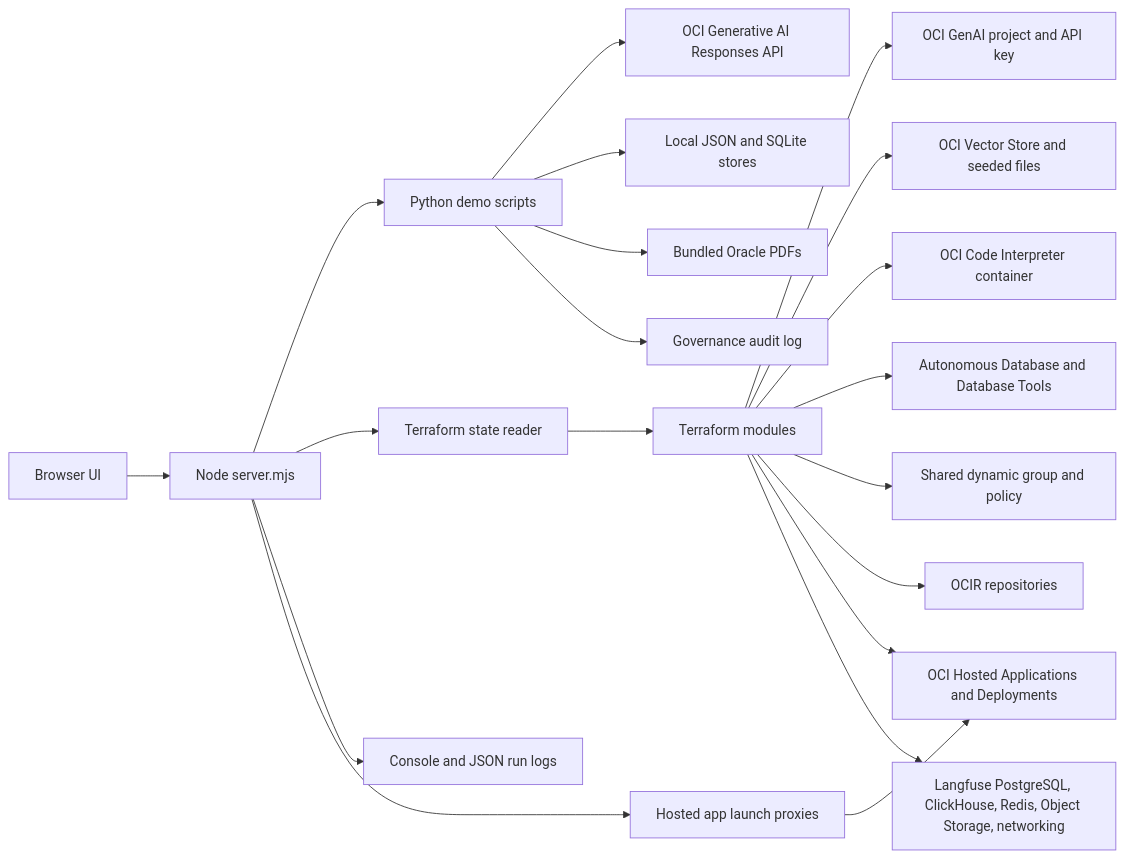
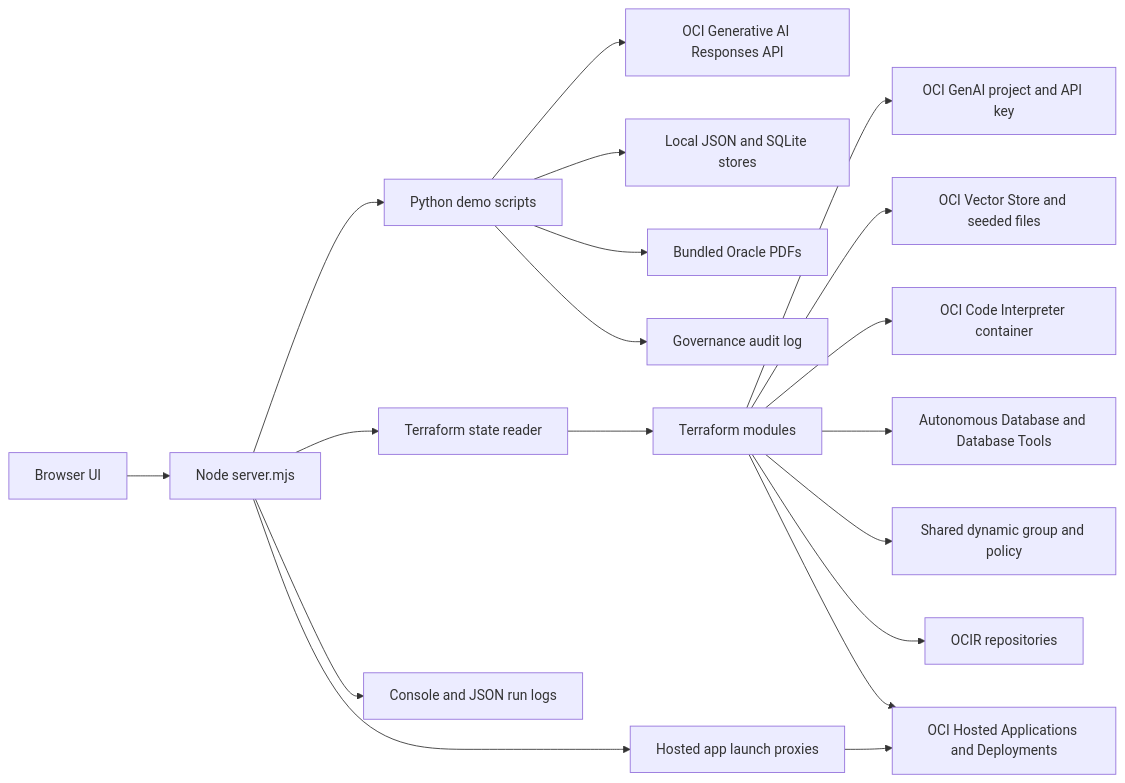
One commit to RahulMR42/oci_enterprise_ai_demo changed the first of 2 diagrams in docs/architecture.md. Above: the diagram before and after it, drawn with Mermaid. The commit also changed other lines of this file and 88 other files, not shown here.

````diff
--- a/docs/architecture.md
+++ b/docs/architecture.md
@@ -9,22 +9,21 @@
 ```mermaid
 flowchart LR
   Browser[Browser UI] --> Server[Node server.mjs]
   Server --> Python[Python demo scripts]
   Server --> State[Terraform state reader]
   Server --> Logs[Console and JSON run logs]
   Server --> HostedProxy[Hosted app launch proxies]
   Python --> OCI[OCI Generative AI Responses API]
   Python --> LocalStores[Local JSON and SQLite stores]
   State --> Terraform[Terraform modules]
   Terraform --> GenAI[OCI GenAI project and API key]
   Terraform --> Vector[OCI Vector Store and seeded files]
   Terraform --> Code[OCI Code Interpreter container]
   Terraform --> ADB[Autonomous Database and Database Tools]
   Terraform --> IAM[Shared dynamic group and policy]
   Terraform --> OCIR[OCIR repositories]
   Terraform --> Hosted[OCI Hosted Applications and Deployments]
-  Terraform --> LangfuseDeps[Langfuse PostgreSQL, ClickHouse, Redis, Object Storage, networking]
   HostedProxy --> Hosted
   Python --> Docs[Bundled Oracle PDFs]
   Python --> Audit[Governance audit log]
 ```
````
